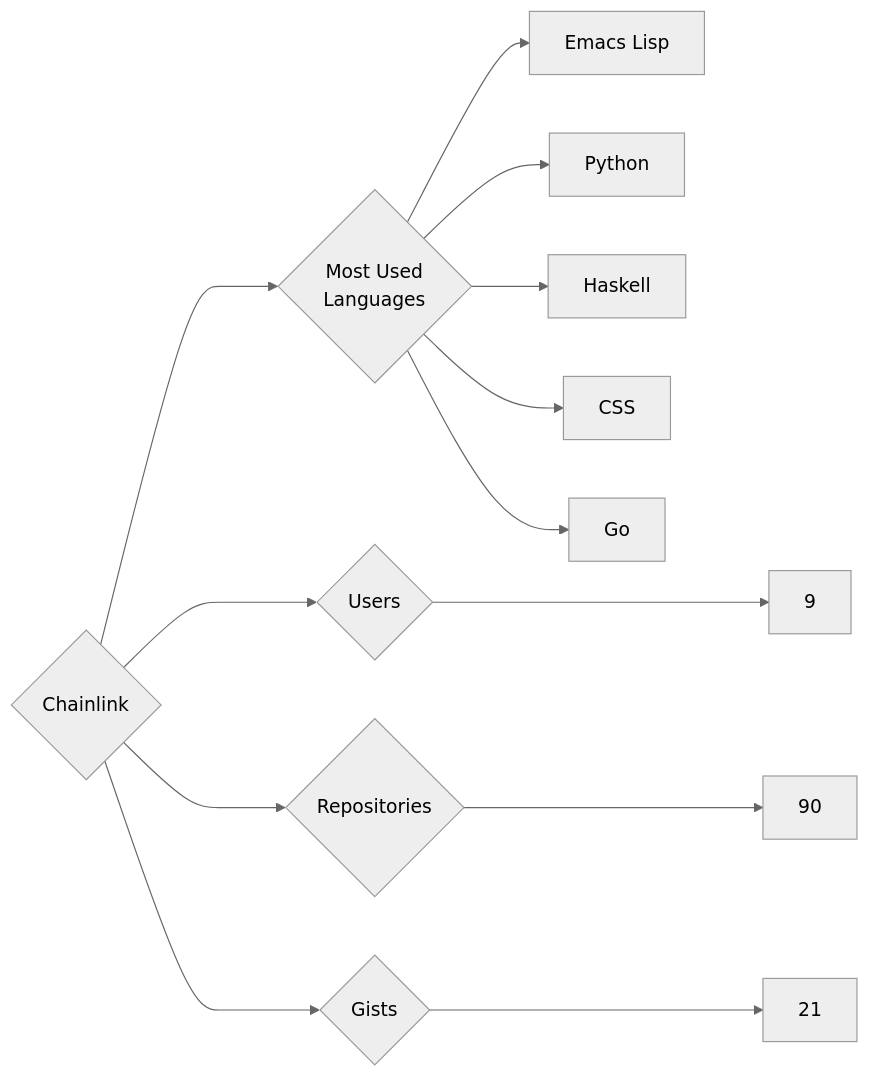
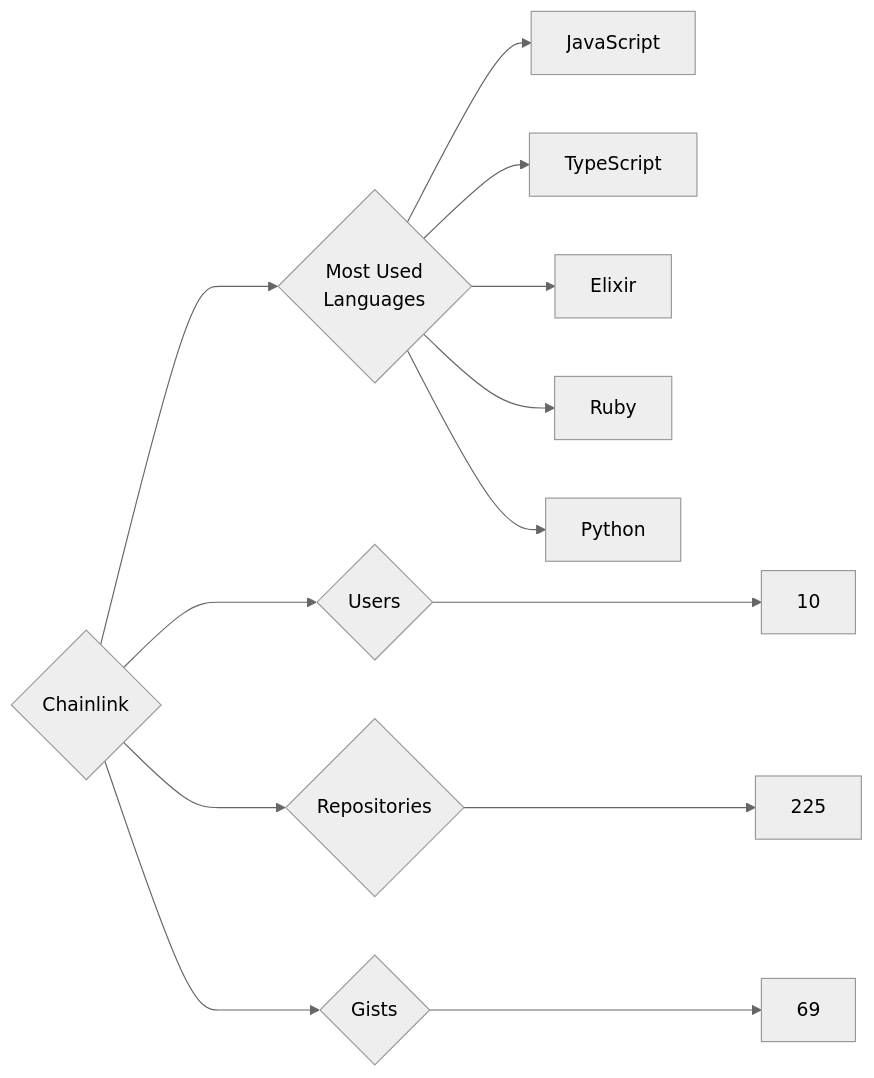
The diagram in targets/Chainlink/README.md (trickest/insiders), drawn with Mermaid (neutral theme) before and after one commit. The commit also changed 988 other files, not shown here.

````diff
--- a/targets/Chainlink/README.md
+++ b/targets/Chainlink/README.md
@@ -3,13 +3,13 @@
 ```mermaid
 graph LR
 COMPANY_NAME{Chainlink}
-COMPANY_NAME ---> U{Users} ---> UN[9]
-COMPANY_NAME ---> R{Repositories} ---> RN[90]
-COMPANY_NAME ---> G{Gists} ---> GN[21]
+COMPANY_NAME ---> U{Users} ---> UN[10]
+COMPANY_NAME ---> R{Repositories} ---> RN[225]
+COMPANY_NAME ---> G{Gists} ---> GN[69]
 COMPANY_NAME ---> ML{Most Used<br>Languages}
-ML --> Emacs_Lisp[Emacs Lisp]
+ML --> JavaScript[JavaScript]
+ML --> TypeScript[TypeScript]
+ML --> Elixir[Elixir]
+ML --> Ruby[Ruby]
 ML --> Python[Python]
-ML --> Haskell[Haskell]
-ML --> CSS[CSS]
-ML --> Go[Go]
 ```
````
